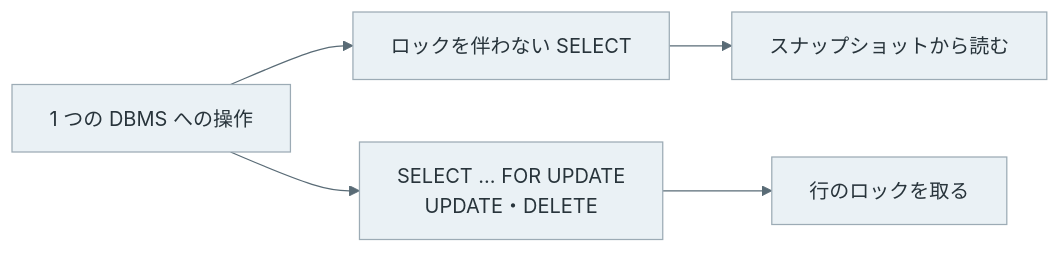
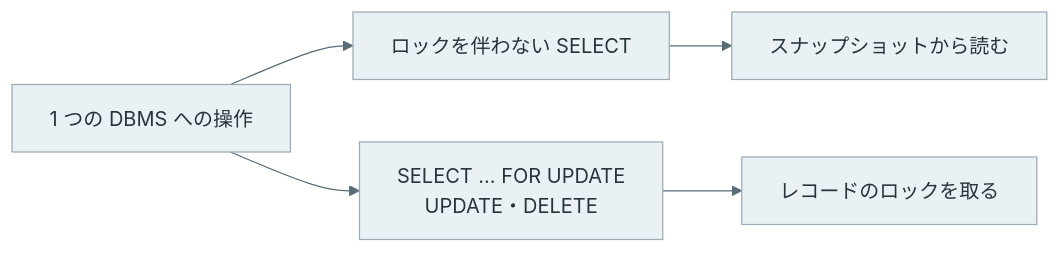
One commit to nao1215/debimate changed the eighth of 8 diagrams in content/notes/database-systems/transaction-isolation/index.md. Above: the diagram before and after it, drawn with Mermaid. The commit also changed other lines of this file and 125 other files, not shown here.

````diff
--- a/content/notes/database-systems/transaction-isolation/index.md
+++ b/content/notes/database-systems/transaction-isolation/index.md
@@ -259,9 +267,9 @@
 ```mermaid
 %%{init: {"theme":"base","themeVariables":{"primaryColor":"#eaf1f5","primaryTextColor":"#28343b","primaryBorderColor":"#9cabb5","lineColor":"#596b76","textColor":"#28343b","actorBkg":"#eaf1f5","actorBorder":"#9cabb5","actorTextColor":"#28343b","actorLineColor":"#9cabb5","signalColor":"#596b76","signalTextColor":"#28343b","noteBkgColor":"#f7f1e5","noteBorderColor":"#c5b99b","noteTextColor":"#403c32","activationBkgColor":"#edf3ef","activationBorderColor":"#9aafa1"}}}%%
 flowchart LR
     Q["1 つの DBMS への操作"] --> R["ロックを伴わない SELECT"]
     Q --> W["SELECT ... FOR UPDATE<br/>UPDATE・DELETE"]
     R --> S["スナップショットから読む"]
-    W --> L["行のロックを取る"]
+    W --> L["レコードのロックを取る"]
     classDef default fill:#eaf1f5,stroke:#9cabb5,color:#28343b;
 ```
````
